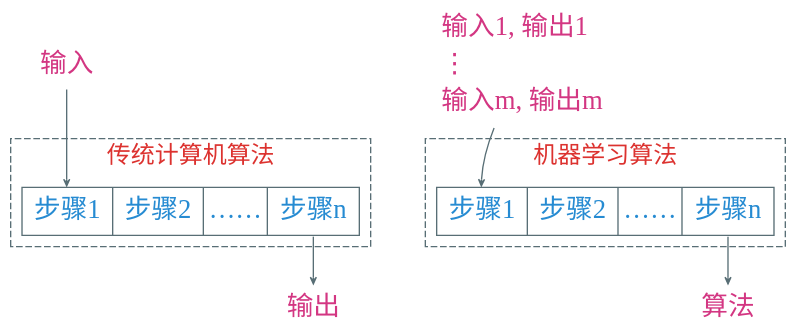
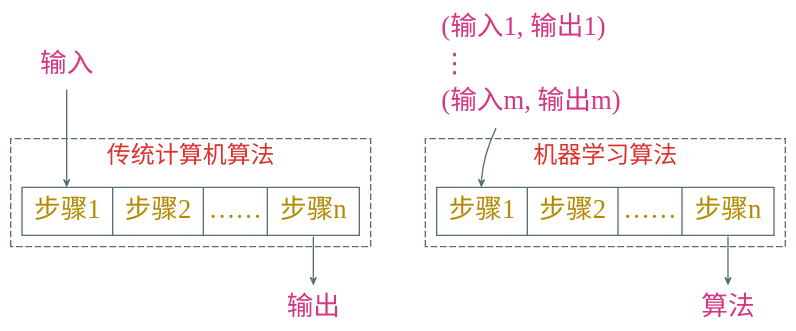
Before and after one commit to Avanti1980/course-ml: the diagram in dot/csalg-mlalg.dot, drawn with Graphviz. The commit also changed 16 other files, not shown here.

```diff
--- a/dot/csalg-mlalg.dot
+++ b/dot/csalg-mlalg.dot
@@ -1,52 +1,52 @@
 digraph g {
     graph [nodesep=0.8, ranksep=0.5]
     node [shape=plaintext color="#586e75" fontname="Ysabeau,LXGWWenKai" fontcolor="#d33682" fontsize=20]
     edge [arrowhead=vee color="#586e75" fontname="Ysabeau,LXGWWenKai" fontcolor="#268bd2" fontsize=16 arrowsize=0.5]
     bgcolor="transparent"
 
     subgraph cluster_1 {
         color="#586e75"
         fontcolor="#dc322f"
         fontname="Ysabeau,LXGWWenKai"
         style="invis"
 
         输入; 输出;
 
-        node [shape=record fontcolor="#268bd2"];
+        node [shape=record fontcolor="#b58900"];
 
         subgraph cluster_11 {
             style="dashed"
             fontsize=18
             label="传统计算机算法"
             struct1 [label="<s1>步骤1|步骤2| …… |<sn>步骤n"];
         }
 
         输入 -> struct1:s1;
         struct1:sn -> 输出;
     }
 
     subgraph cluster_2 {
         color="#586e75"
         fontcolor="#dc322f"
         fontname="Ysabeau,LXGWWenKai"
         style="invis"
 
         数据 [label = <<table border="0">
-                      <tr><td align="left">输入1, 输出1</td></tr>
+                      <tr><td align="left">(输入1, 输出1)</td></tr>
                       <tr><td align="left">⋮</td></tr>
-                      <tr><td align="left">输入m, 输出m</td></tr></table>>]
+                      <tr><td align="left">(输入m, 输出m)</td></tr></table>>]
         算法;
 
-        node [shape=record fontcolor="#268bd2"];
+        node [shape=record fontcolor="#b58900"];
 
         subgraph cluster_21 {
             style="dashed"
             fontsize=18
             label="机器学习算法"
             struct2 [label="<s1>步骤1|步骤2| …… |<sn>步骤n"];
         }
 
         数据 -> struct2:s1;
         struct2:sn -> 算法;
     }
 }
```
